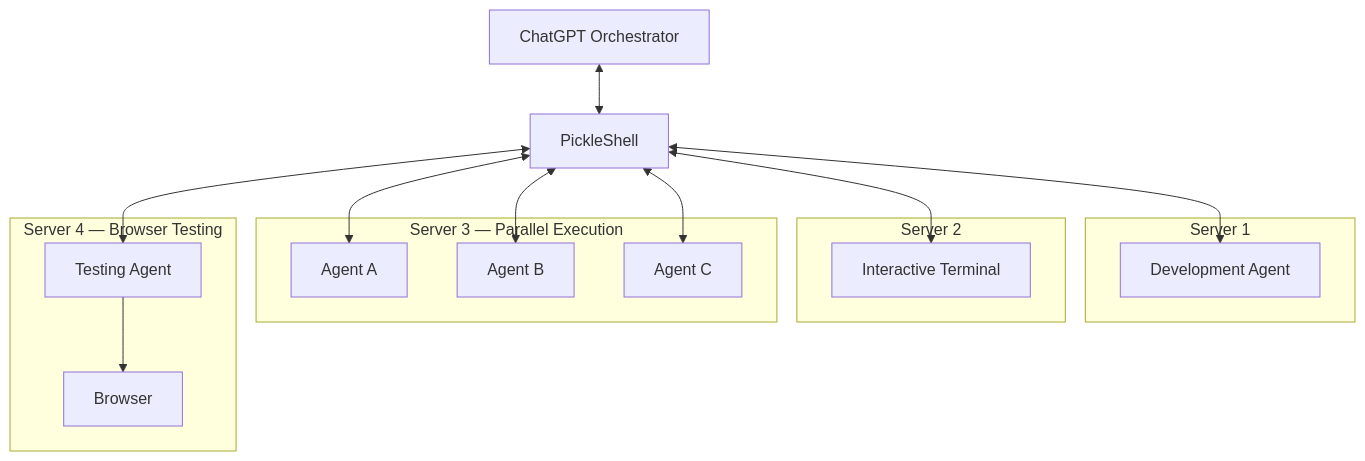
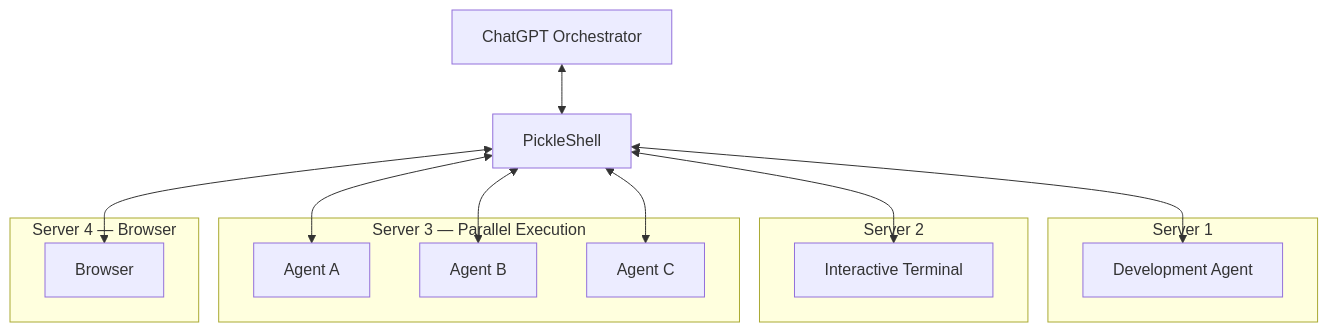
One commit to pickleshell/pickleshell changed the second of 3 diagrams in README.md. Above: the diagram before and after it, drawn with Mermaid. The commit also changed other lines of this file, not shown here.

Commit message:
docs: connect browser directly to PickleShell

````diff
--- a/README.md
+++ b/README.md
@@ -171,34 +171,32 @@
 ```mermaid
 flowchart TB
     C["ChatGPT Orchestrator"]
     P["PickleShell"]
 
     C <--> P
 
     subgraph S1["Server 1"]
         A1["Development Agent"]
     end
 
     subgraph S2["Server 2"]
         T["Interactive Terminal"]
     end
 
     subgraph S3["Server 3 — Parallel Execution"]
         A2["Agent A"]
         A3["Agent B"]
         A4["Agent C"]
     end
 
-    subgraph S4["Server 4 — Browser Testing"]
-        A5["Testing Agent"]
+    subgraph S4["Server 4 — Browser"]
         B["Browser"]
-        A5 --> B
     end
 
     P <--> A1
     P <--> T
     P <--> A2
     P <--> A3
     P <--> A4
-    P <--> A5
+    P <--> B
 ```
````
